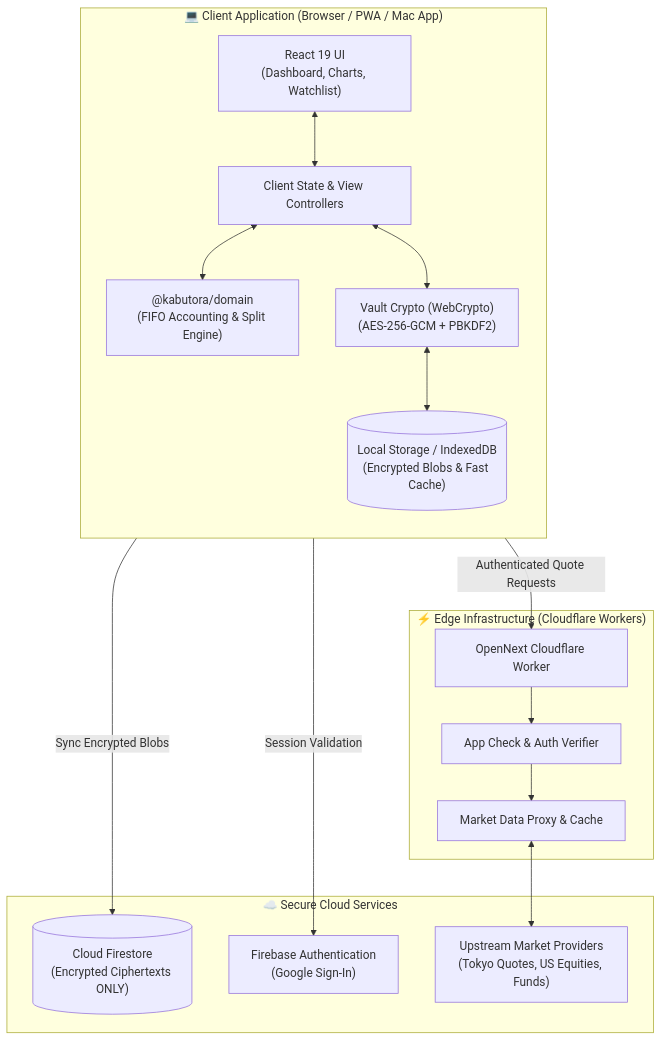
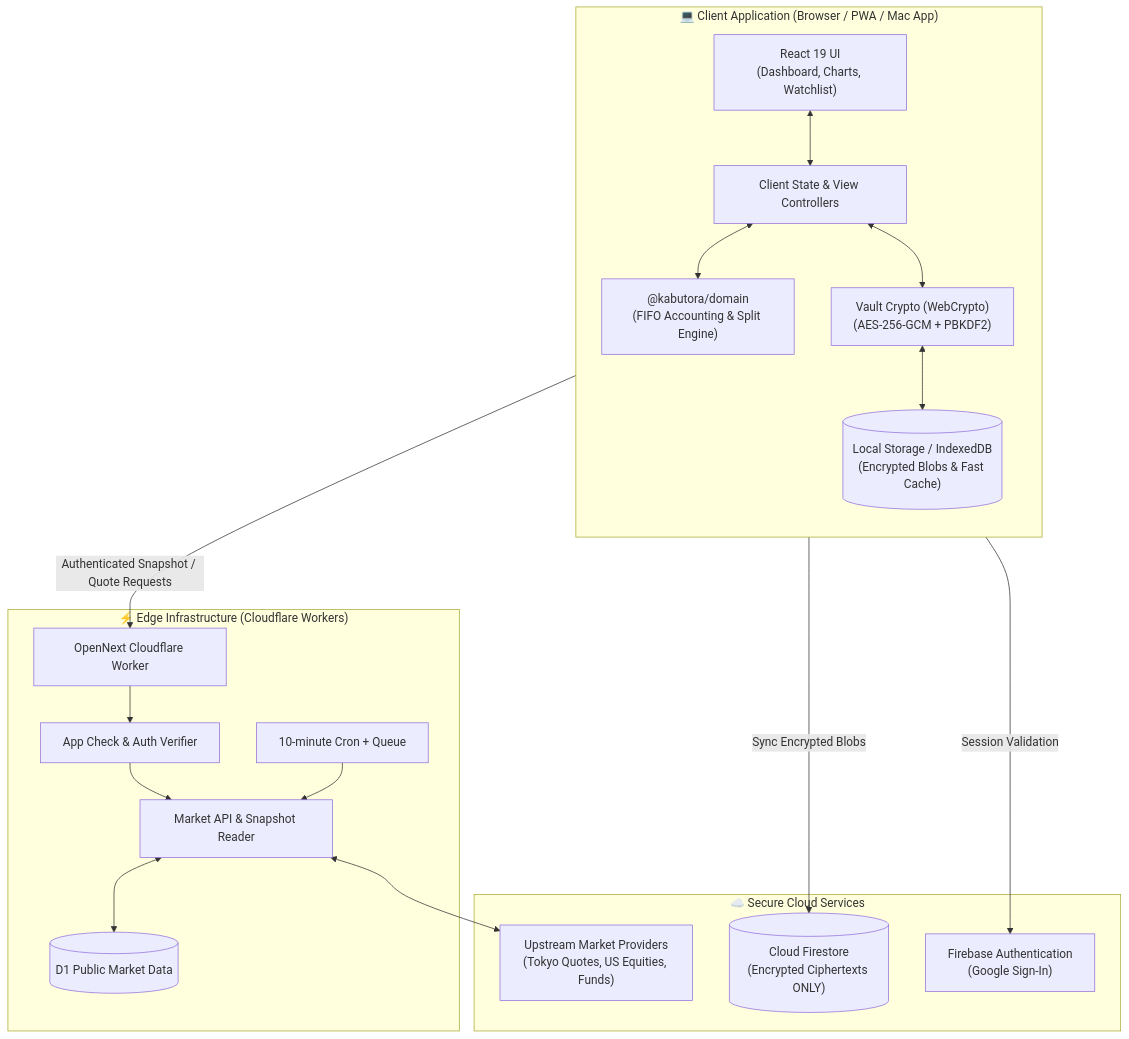
One commit to SotaYanagisawa/kabutora changed the first of 2 diagrams in docs/architecture.md. Above: the diagram before and after it, drawn with Mermaid. The commit also changed other lines of this file and 224 other files, not shown here.

Commit message:
refactor: harden reliability and organize architecture

````diff
--- a/docs/architecture.md
+++ b/docs/architecture.md
@@ -9,36 +9,40 @@
 ```mermaid
 flowchart TB
     subgraph Browser["💻 Client Application (Browser / PWA / Mac App)"]
         direction TB
         UI["React 19 UI\n(Dashboard, Charts, Watchlist)"]
         State["Client State & View Controllers"]
         Domain["@kabutora/domain\n(FIFO Accounting & Split Engine)"]
         Crypto["Vault Crypto (WebCrypto)\n(AES-256-GCM + PBKDF2)"]
         IDB[("Local Storage / IndexedDB\n(Encrypted Blobs & Fast Cache)")]
         
         UI <--> State
         State <--> Domain
         State <--> Crypto
         Crypto <--> IDB
     end
 
     subgraph Edge["⚡ Edge Infrastructure (Cloudflare Workers)"]
         Worker["OpenNext Cloudflare Worker"]
         AuthCheck["App Check & Auth Verifier"]
-        MarketProxy["Market Data Proxy & Cache"]
+        MarketProxy["Market API & Snapshot Reader"]
+        Scheduler["10-minute Cron + Queue"]
+        D1[("D1 Public Market Data")]
         
         Worker --> AuthCheck
         AuthCheck --> MarketProxy
+        Scheduler --> MarketProxy
+        MarketProxy <--> D1
     end
 
     subgraph Backend["☁️ Secure Cloud Services"]
         Firestore[("Cloud Firestore\n(Encrypted Ciphertexts ONLY)")]
         Auth["Firebase Authentication\n(Google Sign-In)"]
         Upstream["Upstream Market Providers\n(Tokyo Quotes, US Equities, Funds)"]
     end
 
-    State -- "Authenticated Quote Requests" --> Worker
+    State -- "Authenticated Snapshot / Quote Requests" --> Worker
     Crypto -- "Sync Encrypted Blobs" --> Firestore
     State -- "Session Validation" --> Auth
     MarketProxy <--> Upstream
 ```
````
